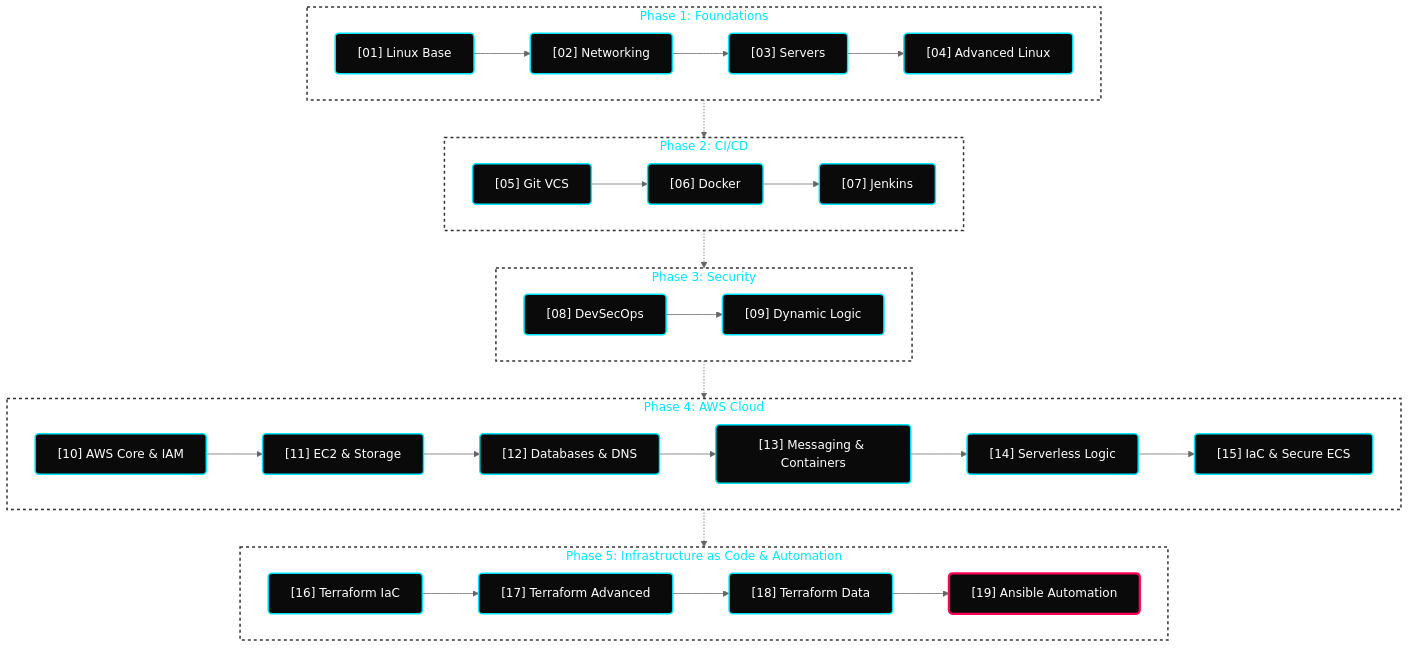
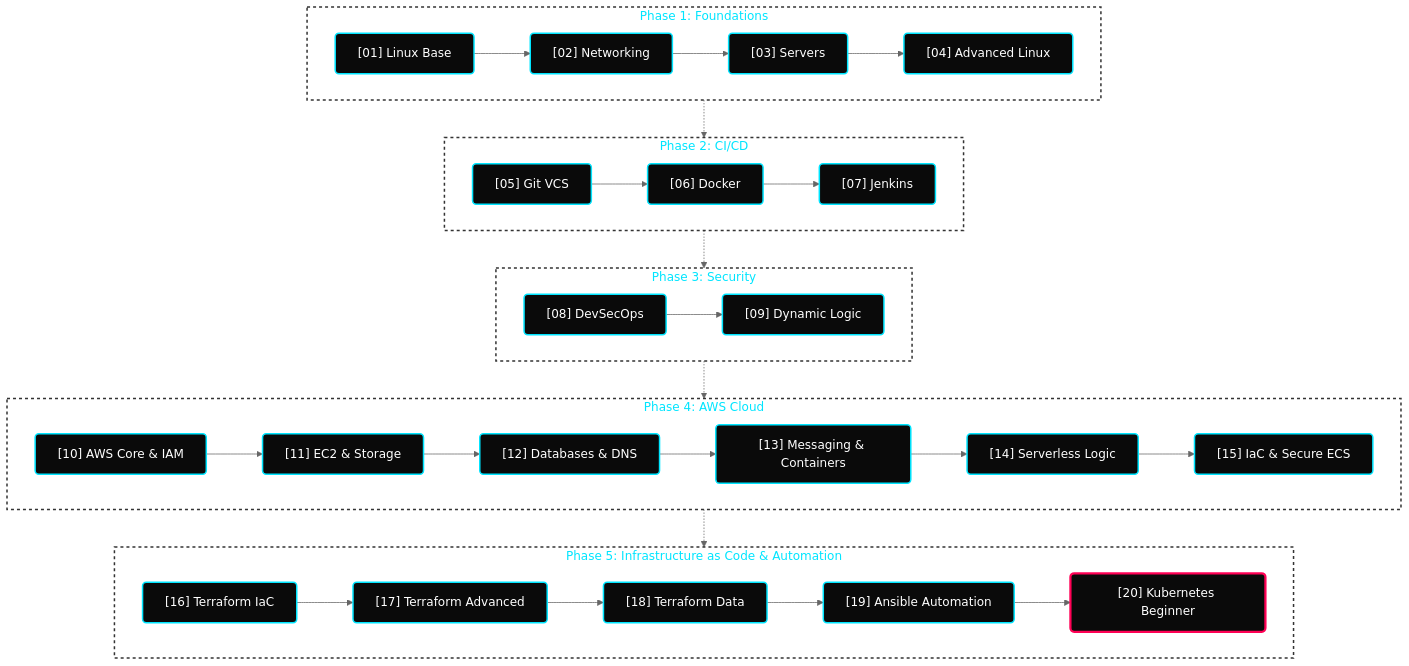
Before and after one commit to hridyen/DevOps-Survival-Roadmap: the diagram in README.md, drawn with Mermaid (neutral theme). The commit also changed other lines of this file and 16 other files, not shown here.

````diff
--- a/README.md
+++ b/README.md
@@ -108,33 +110,33 @@
 ```mermaid
 flowchart TD
     classDef default fill:#0A0A0A,stroke:#00E5FF,stroke-width:2px,color:#FFFFFF,rx:5px,ry:5px;
     classDef active fill:#0A0A0A,stroke:#FF0055,stroke-width:3px,color:#FFFFFF,rx:5px,ry:5px;
     classDef phase fill:transparent,stroke:#333333,stroke-width:2px,stroke-dasharray: 4 4,color:#00E5FF;
 
     subgraph P1 [Phase 1: Foundations]
         A["[01] Linux Base"] --> B["[02] Networking"] --> C["[03] Servers"] --> D["[04] Advanced Linux"]
     end
 
     subgraph P2 [Phase 2: CI/CD]
         E["[05] Git VCS"] --> F["[06] Docker"] --> G["[07] Jenkins"]
     end
 
     subgraph P3 [Phase 3: Security]
         H["[08] DevSecOps"] --> I["[09] Dynamic Logic"]
     end
 
     subgraph P4 [Phase 4: AWS Cloud]
         J["[10] AWS Core & IAM"] --> K["[11] EC2 & Storage"] --> L["[12] Databases & DNS"] --> M["[13] Messaging & Containers"] --> N["[14] Serverless Logic"] --> O["[15] IaC & Secure ECS"]
     end
 
     subgraph P5 [Phase 5: Infrastructure as Code & Automation]
-        P["[16] Terraform IaC"] --> Q["[17] Terraform Advanced"] --> R["[18] Terraform Data"] --> S["[19] Ansible Automation"]:::active
+        P["[16] Terraform IaC"] --> Q["[17] Terraform Advanced"] --> R["[18] Terraform Data"] --> S["[19] Ansible Automation"] --> T["[20] Kubernetes Beginner"]:::active
     end
 
     P1 -.-> P2
     P2 -.-> P3
     P3 -.-> P4
     P4 -.-> P5
     
     class P1,P2,P3,P4,P5 phase;
 ```
````
